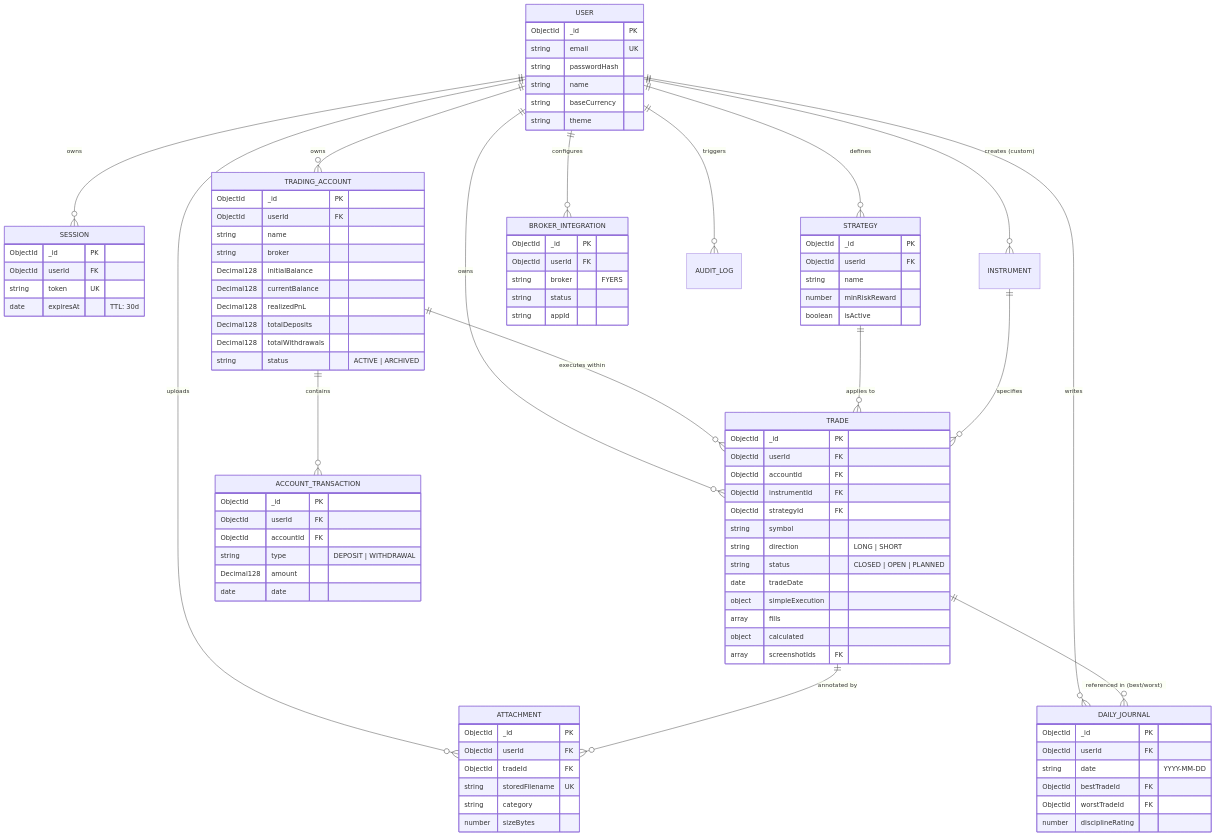
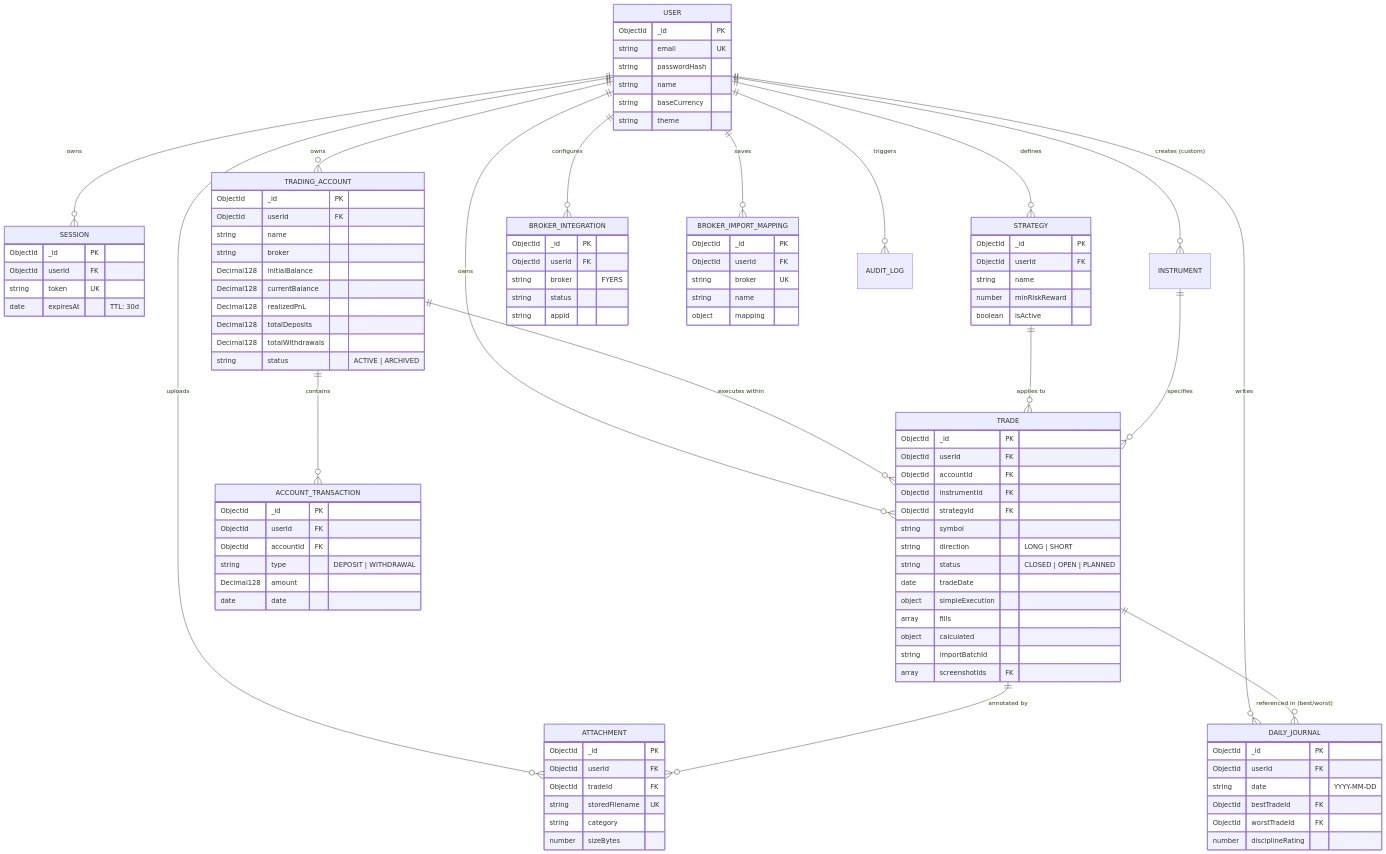
Before and after one commit to Rohsh00/SetupMint: the first of 2 diagrams in docs/DATA_RELATIONSHIPS.md, drawn with Mermaid. The commit also changed other lines of this file and 25 other files, not shown here.

Commit message:
feat: add CSV import mapping presets, batch tracking, and undo support for trades

````diff
--- a/docs/DATA_RELATIONSHIPS.md
+++ b/docs/DATA_RELATIONSHIPS.md
@@ -16,6 +16,7 @@
     USER ||--o{ DAILY_JOURNAL : "writes"
     USER ||--o{ ATTACHMENT : "uploads"
     USER ||--o{ BROKER_INTEGRATION : "configures"
+    USER ||--o{ BROKER_IMPORT_MAPPING : "saves"
     USER ||--o{ AUDIT_LOG : "triggers"
 
     TRADING_ACCOUNT ||--o{ ACCOUNT_TRANSACTION : "contains"
@@ -78,6 +79,7 @@
         object simpleExecution
         array fills
         object calculated
+        string importBatchId
         array screenshotIds FK
     }
 
@@ -114,4 +116,12 @@
         string status
         string appId
     }
+
+    BROKER_IMPORT_MAPPING {
+        ObjectId _id PK
+        ObjectId userId FK
+        string broker UK
+        string name
+        object mapping
+    }
 ```
````
